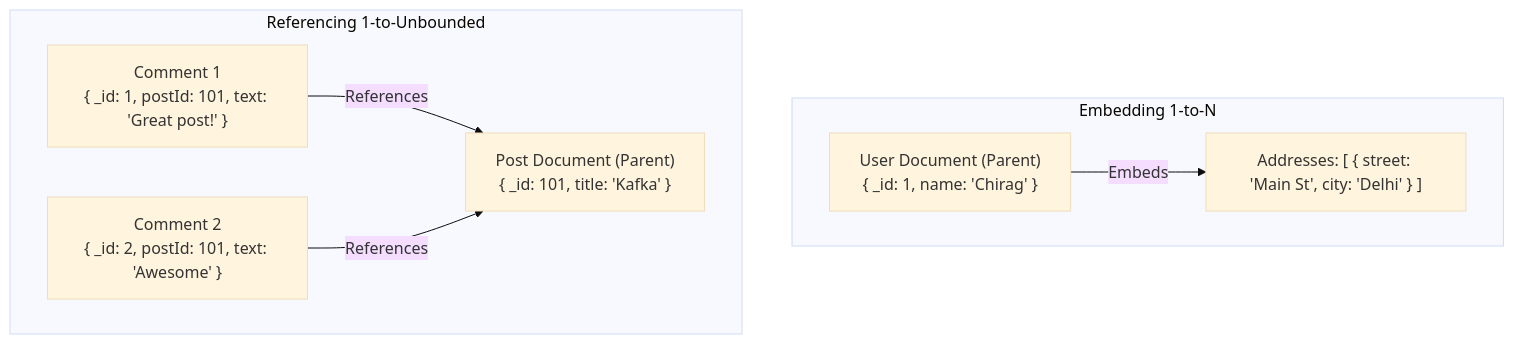
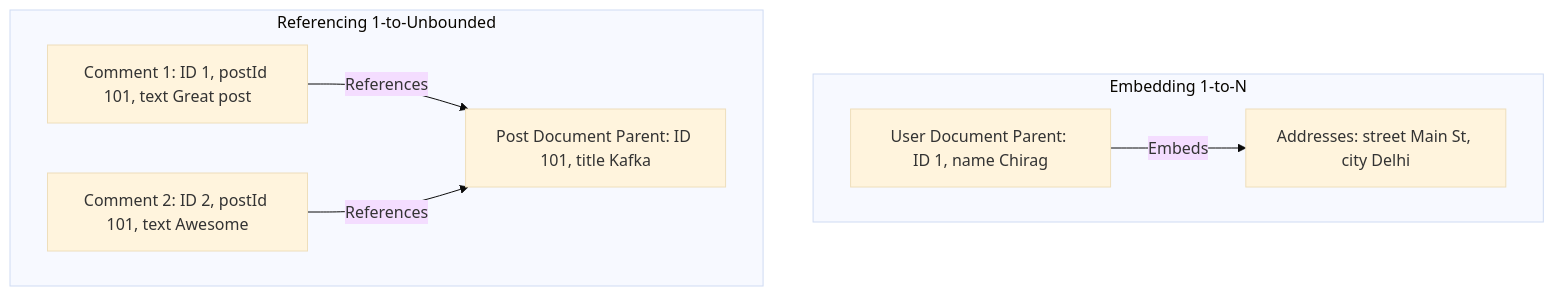
One commit to chirag127/oriz-blog changed the first of 3 diagrams in src/content/blog/it-career-guide/part-08-nosql-redis.mdx. Above: the diagram before and after it, drawn with Mermaid (base theme). The commit also changed other lines of this file and 14 other files, not shown here.

````diff
--- a/src/content/blog/it-career-guide/part-08-nosql-redis.mdx
+++ b/src/content/blog/it-career-guide/part-08-nosql-redis.mdx
@@ -39,12 +39,12 @@
 ```mermaid
 graph TD
-    subgraph Embedding 1-to-N
-    parentDoc1["User Document (Parent)<br>{ _id: 1, name: 'Chirag' }"]
-    parentDoc1 -->|"Embeds"| addressArray["Addresses: [ { street: 'Main St', city: 'Delhi' } ]"]
+    subgraph Embedding_One_To_Many ["Embedding 1-to-N"]
+    parentDoc1["User Document Parent: ID 1, name Chirag"]
+    parentDoc1 -->|"Embeds"| addressArray["Addresses: street Main St, city Delhi"]
     end
-    subgraph Referencing 1-to-Unbounded
-    parentDoc2["Post Document (Parent)<br>{ _id: 101, title: 'Kafka' }"]
-    commentDoc1["Comment 1<br>{ _id: 1, postId: 101, text: 'Great post!' }"] -->|"References"| parentDoc2
-    commentDoc2["Comment 2<br>{ _id: 2, postId: 101, text: 'Awesome' }"] -->|"References"| parentDoc2
+    subgraph Referencing_One_To_Unbounded ["Referencing 1-to-Unbounded"]
+    parentDoc2["Post Document Parent: ID 101, title Kafka"]
+    commentDoc1["Comment 1: ID 1, postId 101, text Great post"] -->|"References"| parentDoc2
+    commentDoc2["Comment 2: ID 2, postId 101, text Awesome"] -->|"References"| parentDoc2
     end
 ```
````
